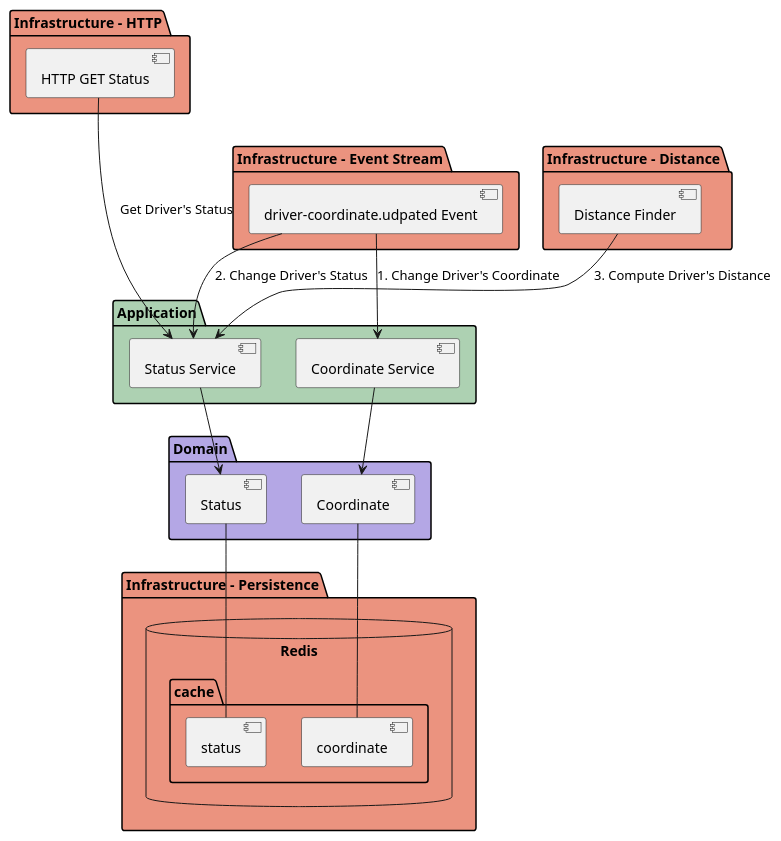
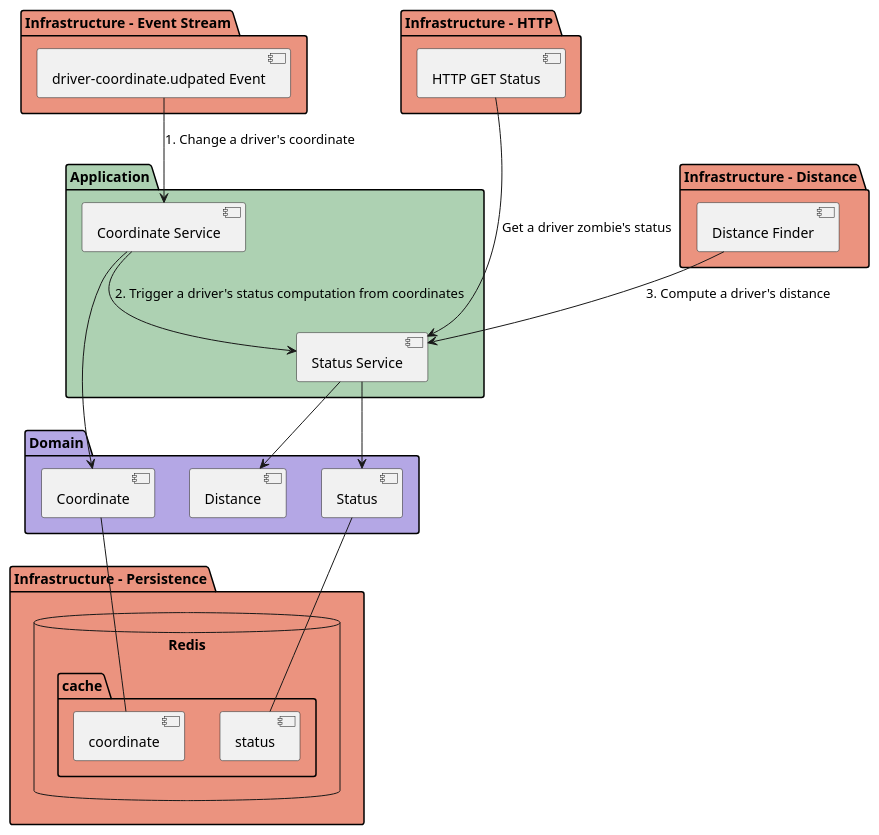
The diagram in docs/gt-app-components.puml (TestardR/geo-tracking), drawn with PlantUML before and after one commit. The commit also changed 33 other files, not shown here.

```diff
--- a/docs/gt-app-components.puml
+++ b/docs/gt-app-components.puml
@@ -1,43 +1,45 @@
 @startuml
 'https://plantuml.com/component-diagram
 
 package "Infrastructure - HTTP" #EB937F {
    [HTTP GET Status] as http_get_status 
 }
 
 package "Infrastructure - Event Stream" #EB937F {
    [driver-coordinate.udpated Event] as event_driver_coordinate
 }
 
 package "Infrastructure - Distance" #EB937F {
     [Distance Finder] as distance_finder 
 }
 
 package "Application" #ADD1B2 {
-    http_get_status ---> [Status Service]: Get Driver's Status
-    event_driver_coordinate --> [Coordinate Service]: 1. Change Driver's Coordinate
-    event_driver_coordinate --> [Status Service]: 2. Change Driver's Status
-    distance_finder --> [Status Service]: 3. Compute Driver's Distance
+    http_get_status ---> [Status Service]: Get a driver zombie's status
+    event_driver_coordinate --> [Coordinate Service]: 1. Change a driver's coordinate
+    [Coordinate Service] --> [Status Service]: 2. Trigger a driver's status computation from coordinates
+    distance_finder --> [Status Service]: 3. Compute a driver's distance
 }
 
 package "Domain" #B4A7E5 {
     [Coordinate]
     [Status]
+    [Distance]
 
     [Status Service] --> [Status]
+    [Status Service] --> [Distance]
     
     [Coordinate Service] --> [Coordinate]
 }
 
 package "Infrastructure - Persistence" #EB937F {
      database "Redis" {
           folder "cache" {
             [status]
             [coordinate]
           }
 }
 
 [Status] -- [status]
 [Coordinate] -- [coordinate]
 
 @enduml
```
